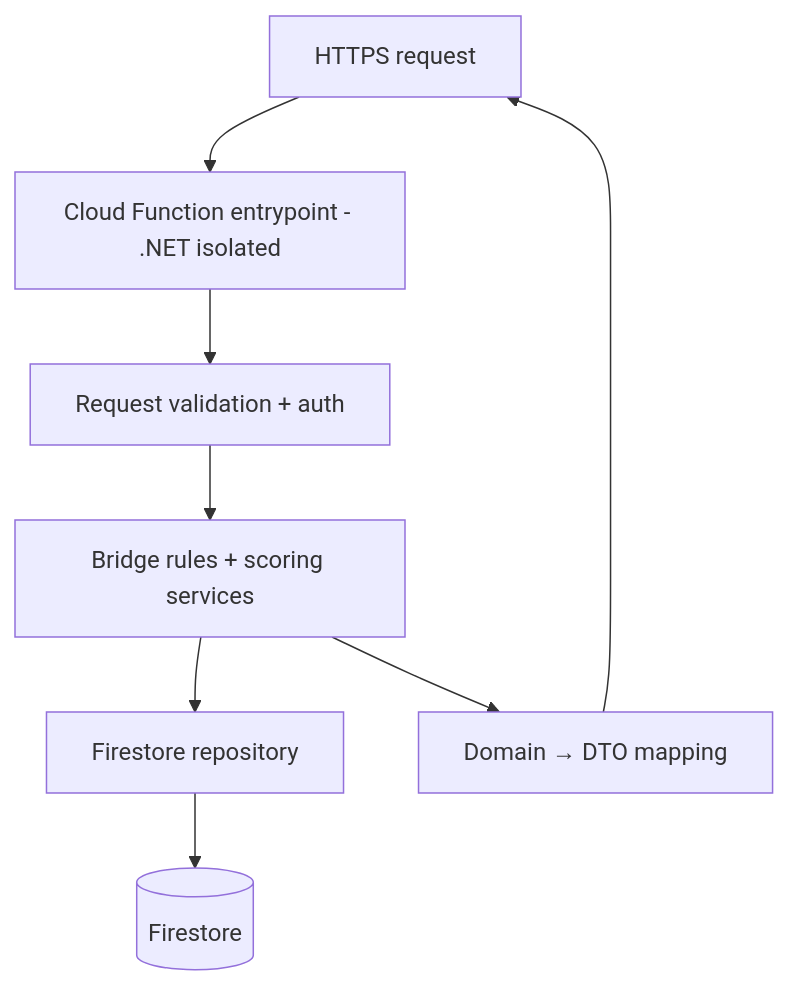
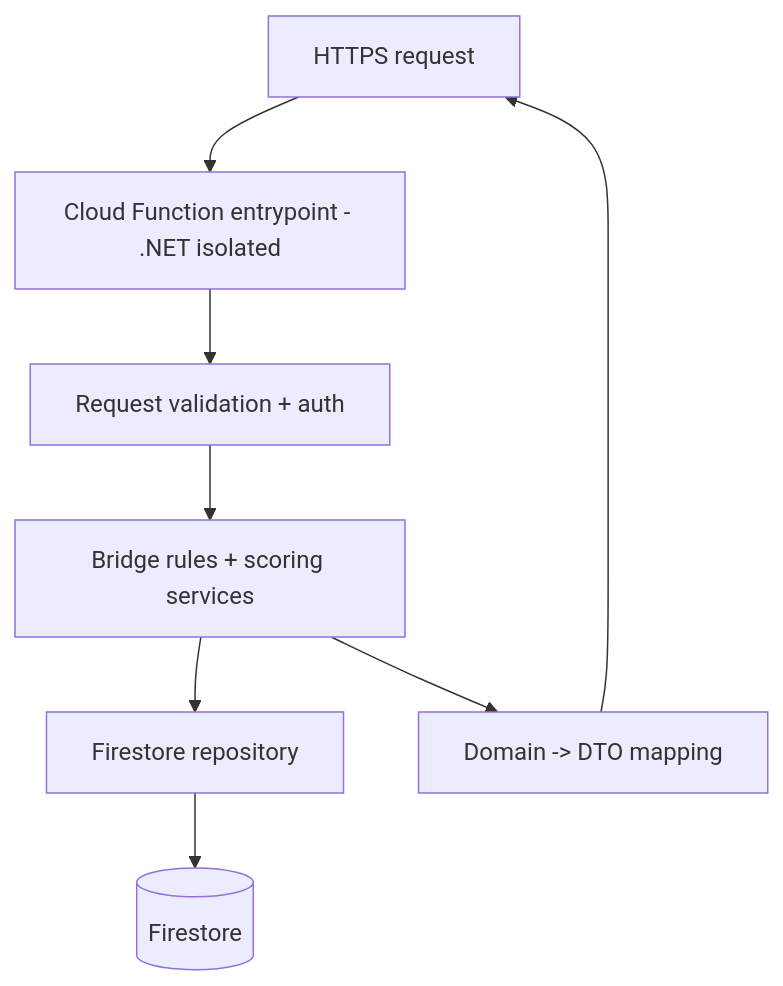
Before and after one commit to levijsbris/Bidding-Box: the fifth of 14 diagrams in docs/ARCHITECTURE.md, drawn with Mermaid. The commit also changed other lines of this file and 4 other files, not shown here.

First line of the commit message:
Revise architecture docs to as-built; refresh C4 + cloud diagrams

````diff
--- a/docs/ARCHITECTURE.md
+++ b/docs/ARCHITECTURE.md
@@ -149,10 +197,10 @@
 ```mermaid
 flowchart TD
     HTTP[HTTPS request] --> Fn[Cloud Function entrypoint - .NET isolated]
     Fn --> Val[Request validation + auth]
     Val --> Rules[Bridge rules + scoring services]
     Rules --> RepoC[Firestore repository]
     RepoC --> FS[(Firestore)]
-    Rules --> Resp[Domain → DTO mapping]
+    Rules --> Resp[Domain -> DTO mapping]
     Resp --> HTTP
 ```
````
